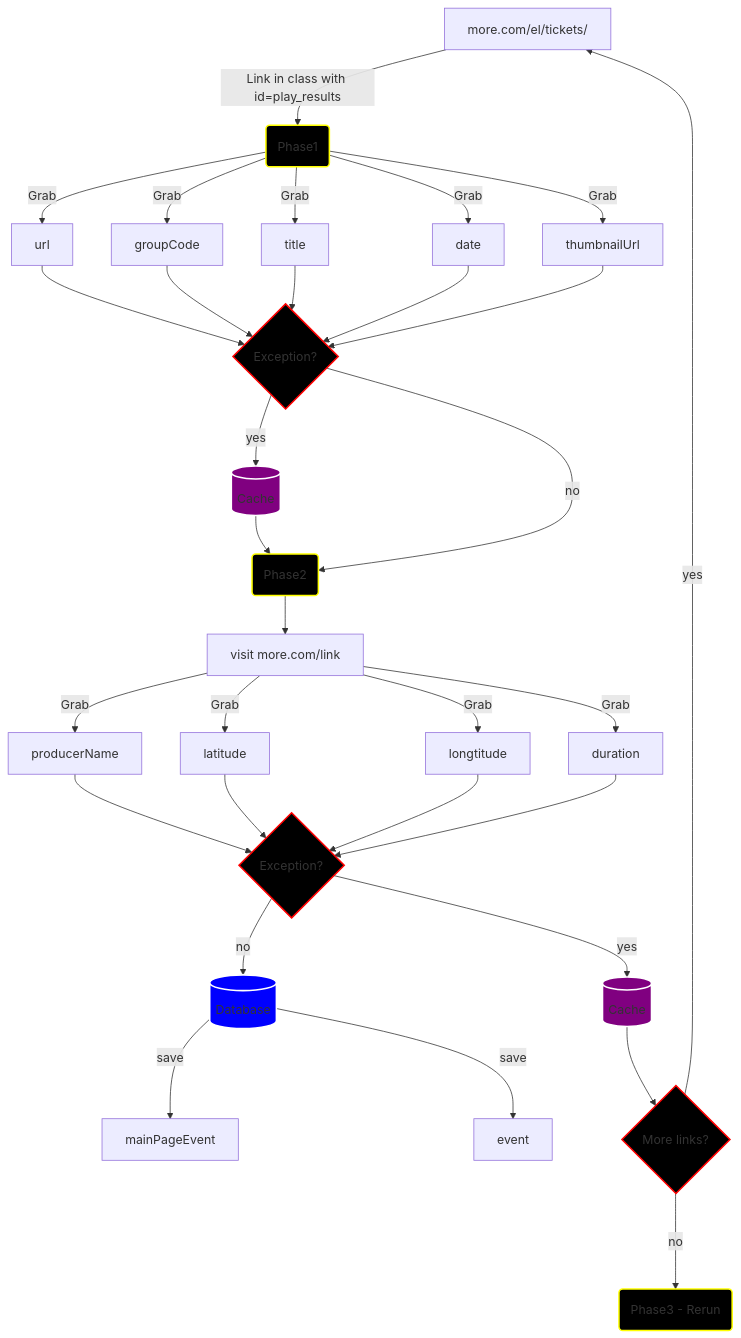
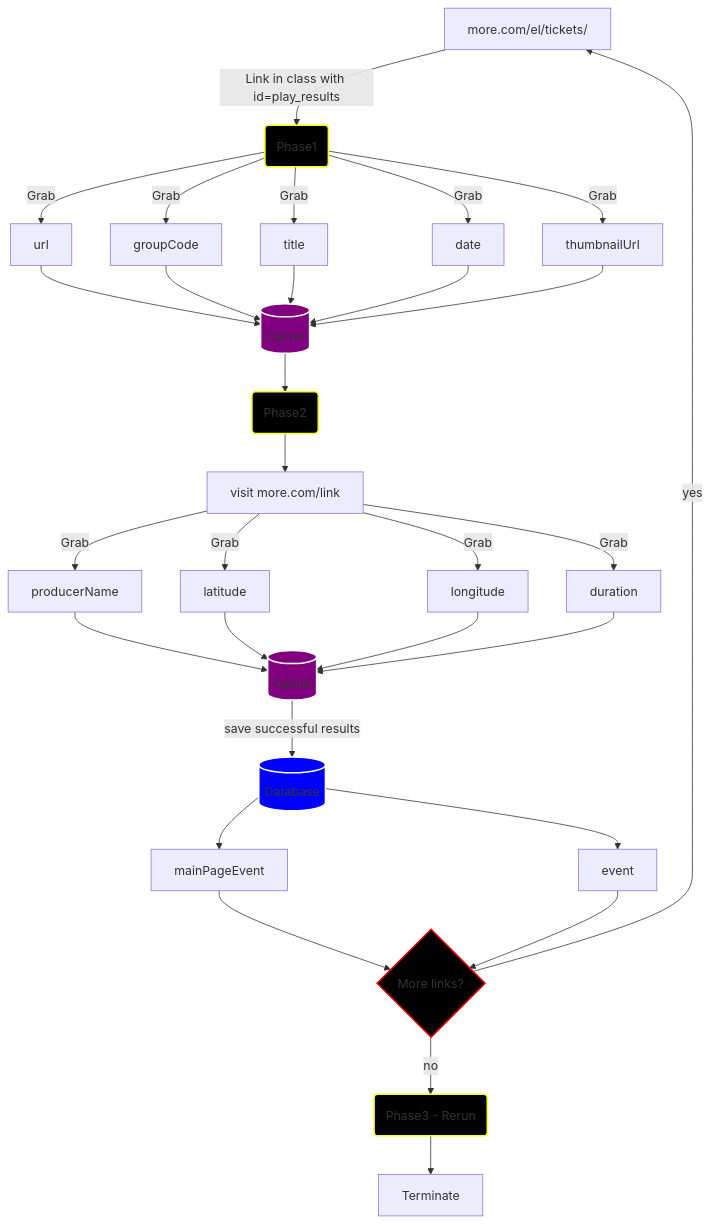
One commit to dmarakom6/more.com.live changed the diagram in docs/data_flowchart.md. Above: the diagram before and after it, drawn with Mermaid.

Commit message:
terminate & treat exception as rule

````diff
--- a/docs/data_flowchart.md
+++ b/docs/data_flowchart.md
@@ -1,30 +1,22 @@
 ```mermaid
 flowchart TD
-    A[more.com/el/tickets/] -->|Link in class with id=play_results|P1(Phase1) --> |Grab|C1[url] & C2[groupCode] & C3[title] & C4[date] & C5[thumbnailUrl] --> s1
-    s1{Exception?}
-    s1 --> |yes|cache1[(Cache)] --> P2
-    s1 ---> |no|P2(Phase2) 
-    P2 --> Q[visit more.com/link] -->|Grab|D1[producerName] & D2[latitude] & D3[longtitude] & D4[duration] --> s2{Exception?}
-    s2 --> |no|E[(Database)] 
-    s2 --> |yes|cache2[(Cache)] 
-    %% If link list is empty, there are no more links
-    cache2 --> s3{More links?} ---> |no|I(Phase3 - Rerun)
+    A[more.com/el/tickets/] -->|Link in class with id=play_results|P1(Phase1) --> |Grab|C1[url] & C2[groupCode] & C3[title] & C4[date] & C5[thumbnailUrl] --> cache1[(Cache)]
+    cache1 --> P2(Phase2)
+    P2 --> Q[visit more.com/link] -->|Grab|D1[producerName] & D2[latitude] & D3[longitude] & D4[duration] --> cache2[(Cache)]
+    s3 --> |no|I(Phase3 - Rerun) --> Terminate
     s3 --> |yes|A
-    %% %% Data is split into two different tables
-    E --> |save|G[mainPageEvent] & H[event]
-    
+    %% Data is split into two different tables
+    cache2 --> |save successful results|E[(Database)] --> G[mainPageEvent] & H[event] --> s3{More links?}
 
 
     style P1 fill:#000,stroke:yellow,stroke-width:2px
     style P2 fill:#000,stroke:yellow,stroke-width:2px
     style I fill:#000,stroke:yellow,stroke-width:2px
-    style s1 fill:#000,stroke:red,stroke-width:2px
-    style s2 fill:#000,stroke:red,stroke-width:2px
     style s3 fill:#000,stroke:red,stroke-width:2px
     style E fill:blue,stroke:#fff,stroke-width:2px
     style cache1 fill:purple,stroke:white,stroke-width:2px
     style cache2 fill:purple,stroke:white,stroke-width:2px
 
 
 
 ```
````
